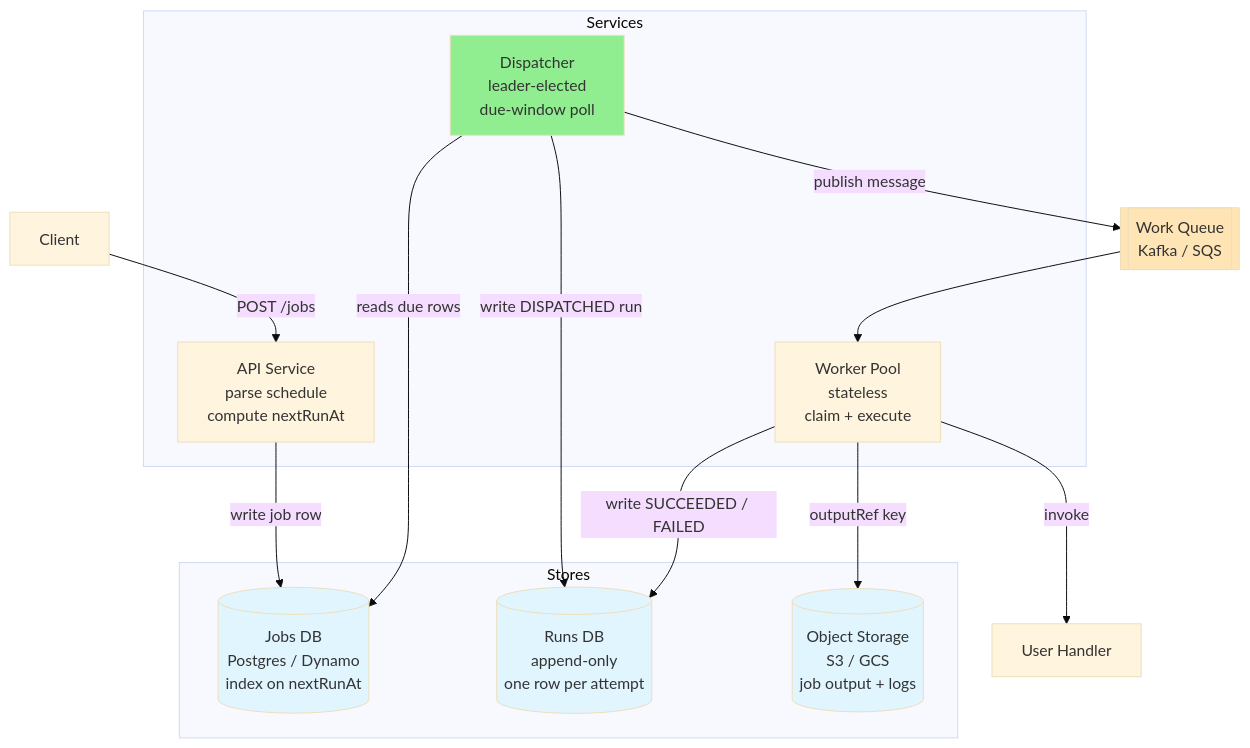
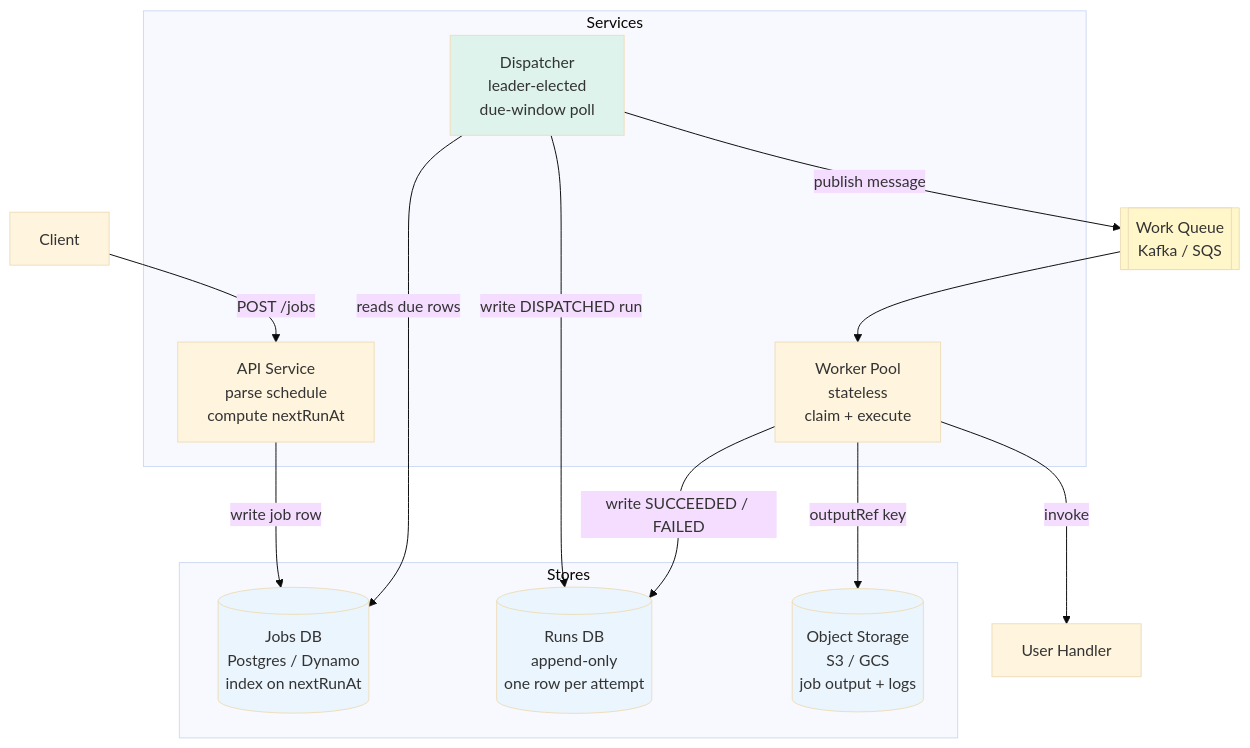
Before and after one commit to cartmancodes/InterviewVault: the first of 6 diagrams in LLD/questions/Design Job Scheduler.md, drawn with Mermaid (base theme). The commit also changed other lines of this file and 679 other files, not shown here.

Commit message:
Unify content diagrams and add accessible visual walkthroughs

````diff
--- a/LLD/questions/Design Job Scheduler.md
+++ b/LLD/questions/Design Job Scheduler.md
@@ -112,35 +112,35 @@
 ```mermaid
 graph TB
     Client[Client]
 
     subgraph Services
         API[API Service<br/>parse schedule<br/>compute nextRunAt]
         DISP[Dispatcher<br/>leader-elected<br/>due-window poll]
         WP[Worker Pool<br/>stateless<br/>claim + execute]
     end
 
     subgraph Stores
         JOBS[(Jobs DB<br/>Postgres / Dynamo<br/>index on nextRunAt)]
         RUNS[(Runs DB<br/>append-only<br/>one row per attempt)]
         OBJ[(Object Storage<br/>S3 / GCS<br/>job output + logs)]
     end
 
     Q[[Work Queue<br/>Kafka / SQS]]
     HANDLER[User Handler]
 
     Client -->|POST /jobs| API
     API -->|write job row| JOBS
     DISP -->|reads due rows| JOBS
     DISP -->|write DISPATCHED run| RUNS
     DISP -->|publish message| Q
     Q --> WP
     WP -->|invoke| HANDLER
     WP -->|write SUCCEEDED / FAILED| RUNS
     WP -->|outputRef key| OBJ
 
-    style JOBS fill:#e1f5ff
-    style RUNS fill:#e1f5ff
-    style OBJ fill:#e1f5ff
-    style Q fill:#FFE4B5
-    style DISP fill:#90EE90
+    style JOBS fill:#EAF5FD
+    style RUNS fill:#EAF5FD
+    style OBJ fill:#EAF5FD
+    style Q fill:#FFF6C9
+    style DISP fill:#DDF3EC
 ```
````
